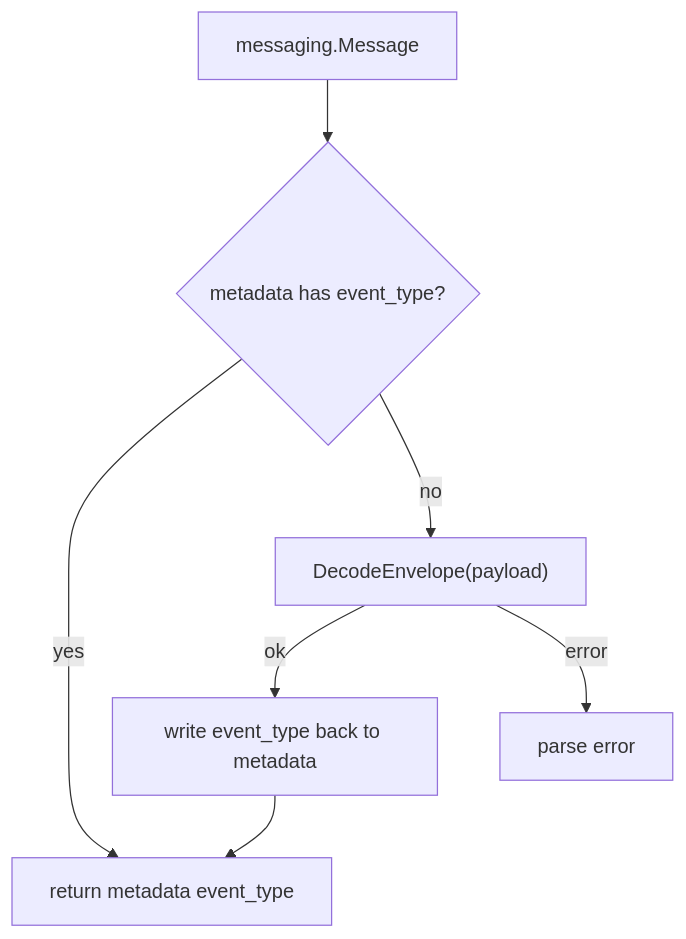
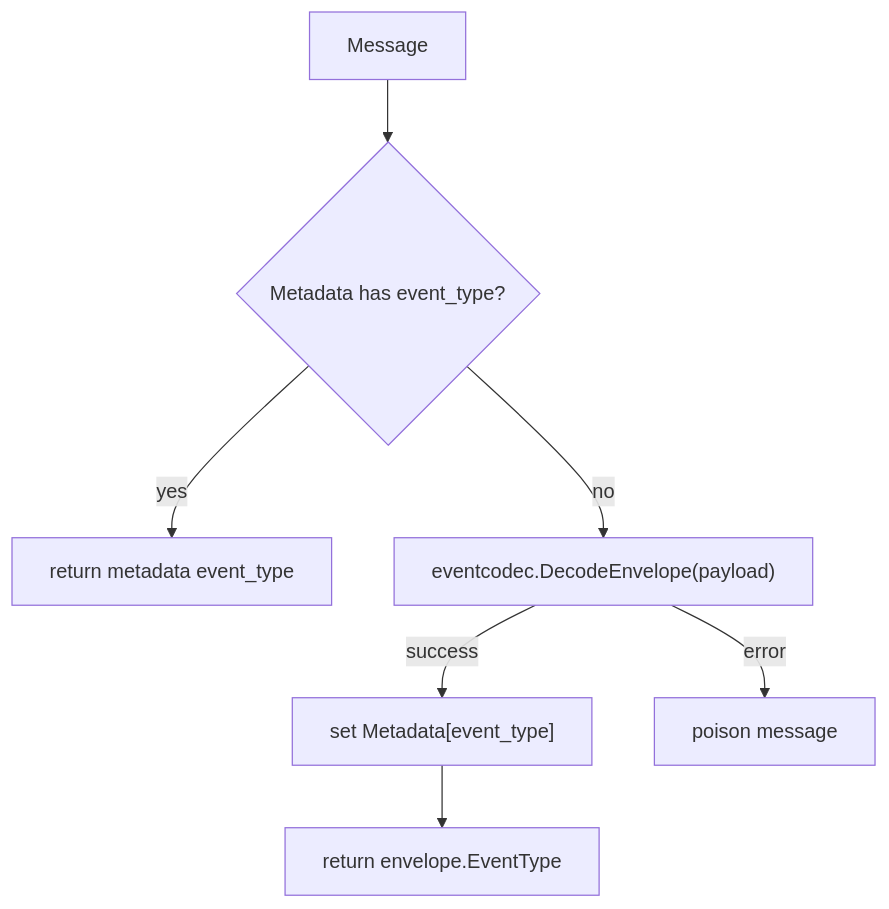
Before and after one commit to FangcunMount/qs-server: the third of 4 diagrams in docs/03-基础设施/event/03-Worker消费与AckNack.md, drawn with Mermaid. The commit also changed other lines of this file and 9 other files, not shown here.

````diff
--- a/docs/03-基础设施/event/03-Worker消费与AckNack.md
+++ b/docs/03-基础设施/event/03-Worker消费与AckNack.md
@@ -72,15 +326,9 @@
 ```mermaid
 flowchart TD
-    msg["messaging.Message"]
-    meta{"metadata has event_type?"}
-    ok["return metadata event_type"]
-    decode["DecodeEnvelope(payload)"]
-    poison["parse error"]
-    fill["write event_type back to metadata"]
-
-    msg --> meta
-    meta -->|yes| ok
-    meta -->|no| decode
-    decode -->|ok| fill --> ok
-    decode -->|error| poison
+    msg["Message"] --> metadata{"Metadata has event_type?"}
+    metadata -->|yes| returnMeta["return metadata event_type"]
+    metadata -->|no| decode["eventcodec.DecodeEnvelope(payload)"]
+    decode -->|success| setMeta["set Metadata[event_type]"]
+    setMeta --> returnEnv["return envelope.EventType"]
+    decode -->|error| poison["poison message"]
 ```
````
